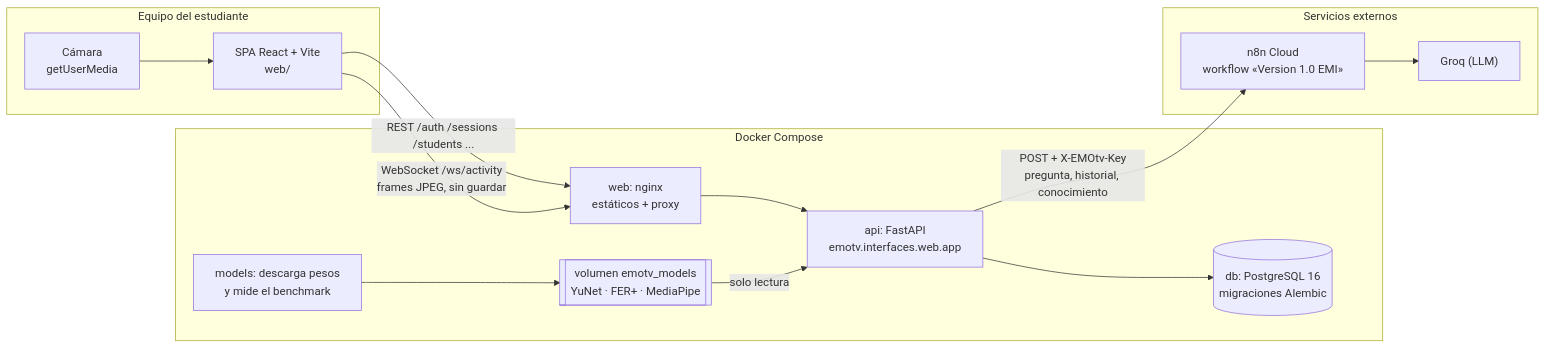
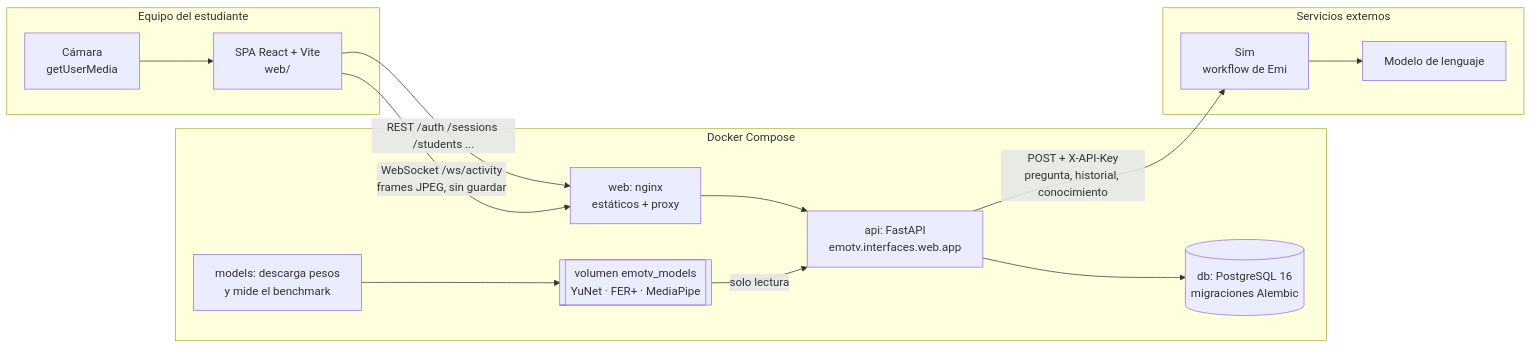
The first of 2 diagrams in docs/architecture.md (jedi-cyber/EMOtv), drawn with Mermaid before and after one commit. The commit also changed other lines of this file and 28 other files, not shown here.

Commit message:
feat: Emi usa un workflow de Sim con el contrato de siempre y n8n queda como opción

````diff
--- a/docs/architecture.md
+++ b/docs/architecture.md
@@ -19,25 +19,25 @@
 ```mermaid
 flowchart LR
   subgraph Cliente["Equipo del estudiante"]
     CAM["Cámara<br/>getUserMedia"] --> SPA["SPA React + Vite<br/>web/"]
   end
   subgraph Docker["Docker Compose"]
     WEB["web: nginx<br/>estáticos + proxy"]
     API["api: FastAPI<br/>emotv.interfaces.web.app"]
     MOD["models: descarga pesos<br/>y mide el benchmark"]
     DB[("db: PostgreSQL 16<br/>migraciones Alembic")]
     VOL[["volumen emotv_models<br/>YuNet · FER+ · MediaPipe"]]
   end
   subgraph Externo["Servicios externos"]
-    N8N["n8n Cloud<br/>workflow «Version 1.0 EMI»"]
-    GROQ["Groq (LLM)"]
+    N8N["Sim<br/>workflow de Emi"]
+    GROQ["Modelo de lenguaje"]
   end
   SPA -->|"REST /auth /sessions /students ..."| WEB
   SPA -->|"WebSocket /ws/activity<br/>frames JPEG, sin guardar"| WEB
   WEB --> API
   API --> DB
   MOD --> VOL
   VOL -->|solo lectura| API
-  API -->|"POST + X-EMOtv-Key<br/>pregunta, historial, conocimiento"| N8N
+  API -->|"POST + X-API-Key<br/>pregunta, historial, conocimiento"| N8N
   N8N --> GROQ
 ```
````
